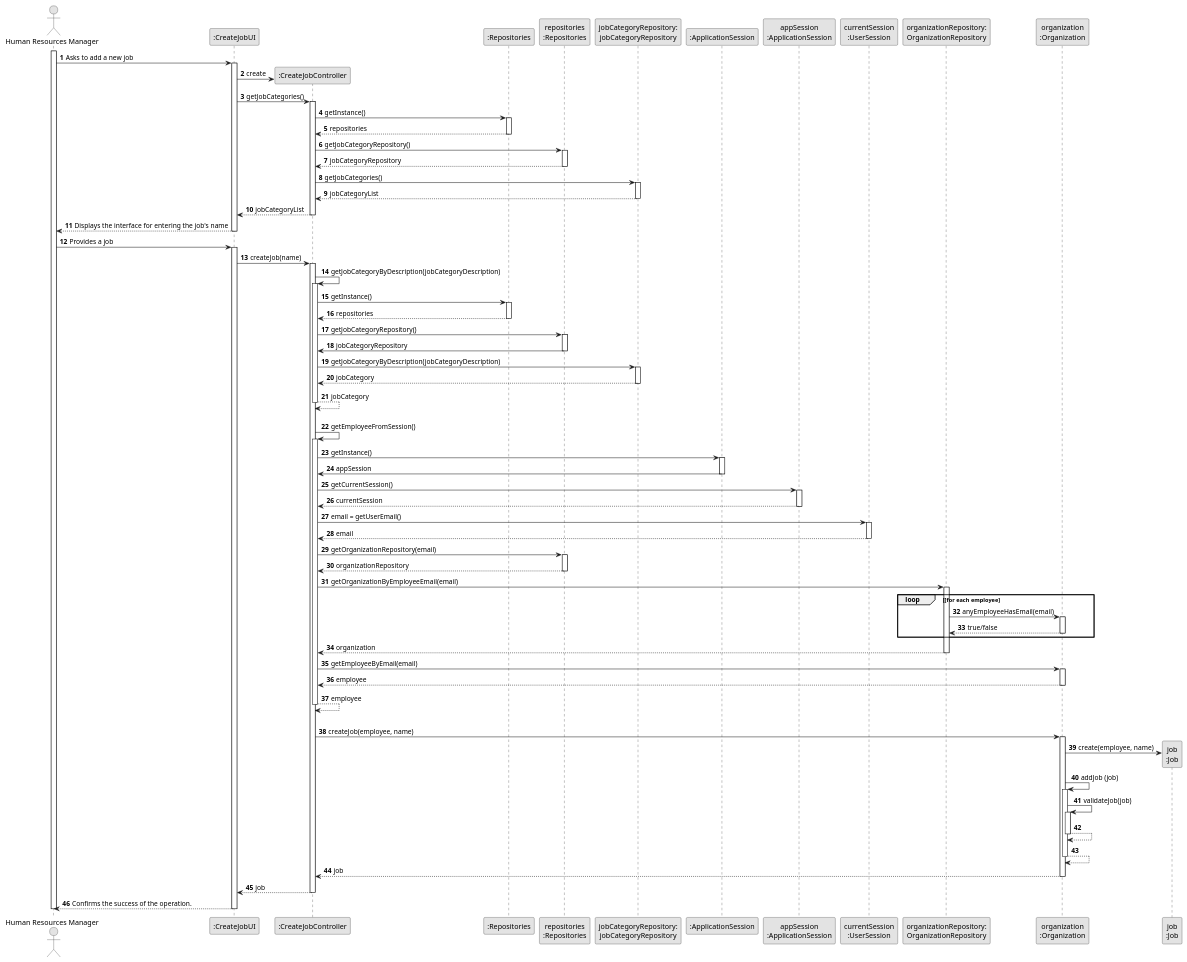
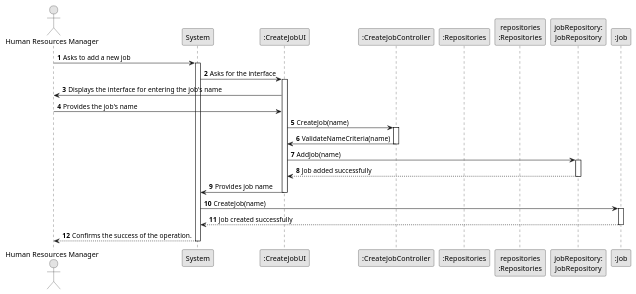
Before and after one commit to SAEmanuel/Green_Spaces_Management_ISEP: the diagram in docs/sprintB/us002/03.design/puml/us002-sequence-diagram-full.puml, drawn with PlantUML.

Commit message:
US2 - design full diagram: v2

```diff
--- a/docs/sprintB/us002/03.design/puml/us002-sequence-diagram-full.puml
+++ b/docs/sprintB/us002/03.design/puml/us002-sequence-diagram-full.puml
@@ -1,169 +1,53 @@
 @startuml
 skinparam monochrome true
 skinparam packageStyle rectangle
 skinparam shadowing false
 
 autonumber
 
 'hide footbox
 actor "Human Resources Manager" as HRM
+participant "System" as System
 participant ":CreateJobUI" as UI
 participant ":CreateJobController" as CTRL
 participant ":Repositories" as RepositorySingleton
 participant "repositories\n:Repositories" as PLAT
-participant "jobCategoryRepository:\njobCategoryRepository" as jobRepository
-participant ":ApplicationSession" as _APP
-participant "appSession\n:ApplicationSession" as APP
-participant "currentSession\n:UserSession" as SESSAO
-participant "organizationRepository:\nOrganizationRepository" as OrganizationRepository
-participant "organization\n:Organization" as ORG
-participant "job\n:Job" as EMPREGO
+participant "jobRepository:\nJobRepository" as jobRepository
+participant ":Job" as Job
 
-activate HRM
+HRM -> System : Asks to add a new job
+activate System
 
-        HRM -> UI : Asks to add a new job
+System -> UI : Asks for the interface
+activate UI
 
-        activate UI
+UI -> HRM : Displays the interface for entering the job's name
+HRM -> UI : Provides the job's name
 
-'            UI --> ADM : requests data (reference, description,  informal \n description, technical description, duration, cost)
-            'create CTRL
-            UI -> CTRL** : create
+UI -> CTRL : CreateJob(name)
+activate CTRL
 
-            UI -> CTRL : getJobCategories()
-            activate CTRL
+CTRL -> UI : ValidateNameCriteria(name)
+deactivate CTRL
 
-                CTRL -> RepositorySingleton : getInstance()
-                activate RepositorySingleton
+UI -> jobRepository : AddJob(name)
+activate jobRepository
 
-                    RepositorySingleton --> CTRL: repositories
-                deactivate RepositorySingleton
+jobRepository --> UI : Job added successfully
+deactivate jobRepository
 
-                CTRL -> PLAT : getJobCategoryRepository()
-                activate PLAT
+UI -> System : Provides job name
+deactivate UI
 
-                    PLAT --> CTRL: jobCategoryRepository
-                deactivate PLAT
+System -> Job : CreateJob(name)
+activate Job
 
-                CTRL -> jobRepository : getJobCategories()
-                activate jobRepository
+Job --> System : Job created successfully
+deactivate Job
 
-                    jobRepository --> CTRL : jobCategoryList
-                deactivate jobRepository
-
-                CTRL --> UI : jobCategoryList
-            deactivate CTRL
-
-            UI --> HRM : Displays the interface for entering the job's name
-        deactivate UI
-
-    HRM -> UI : Provides a job
-    activate UI
-
-        UI -> CTRL : createJob(name)
-        activate CTRL
-
-            CTRL -> CTRL : getJobCategoryByDescription(jobCategoryDescription)
-            activate CTRL
-
-                CTRL -> RepositorySingleton : getInstance()
-                activate RepositorySingleton
-
-                    RepositorySingleton --> CTRL: repositories
-                deactivate RepositorySingleton
-
-                CTRL -> PLAT : getJobCategoryRepository()
-                activate PLAT
-
-                    PLAT -> CTRL : jobCategoryRepository
-                deactivate PLAT
-
-                CTRL -> jobRepository : getJobCategoryByDescription(jobCategoryDescription)
-                activate jobRepository
-
-                    jobRepository --> CTRL : jobCategory
-                deactivate jobRepository
-                    CTRL --> CTRL : jobCategory
-            deactivate CTRL
-
-            |||
-            CTRL -> CTRL : getEmployeeFromSession()
-            activate CTRL
-
-                CTRL -> _APP: getInstance()
-                activate _APP
-                    _APP -> CTRL: appSession
-                deactivate _APP
+System --> HRM : Confirms the success of the operation.
+deactivate System
 
 
-                CTRL -> APP: getCurrentSession()
-                activate APP
-
-                    APP --> CTRL: currentSession
-                deactivate APP
-
-                CTRL -> SESSAO: email = getUserEmail()
-                activate SESSAO
-
-                    SESSAO --> CTRL: email
-                deactivate SESSAO
-
-
-                CTRL -> PLAT: getOrganizationRepository(email)
-                activate PLAT
-
-                    PLAT --> CTRL: organizationRepository
-                deactivate PLAT
-
-
-                CTRL -> OrganizationRepository: getOrganizationByEmployeeEmail(email)
-                activate OrganizationRepository
-
-                    loop [for each employee
-                        OrganizationRepository -> ORG : anyEmployeeHasEmail(email)
-                        activate ORG
-
-                             ORG --> OrganizationRepository : true/false
-                        deactivate ORG
-                    end
-                    OrganizationRepository --> CTRL : organization
-                deactivate OrganizationRepository
-
-                CTRL -> ORG: getEmployeeByEmail(email)
-                activate ORG
-
-                    ORG --> CTRL : employee
-                deactivate ORG
-
-                CTRL --> CTRL : employee
-            deactivate CTRL
-
-            |||
-            CTRL -> ORG: createJob(employee, name)
-            activate ORG
-
-                ORG -> EMPREGO**: create(employee, name)
-
-                ORG -> ORG: addJob (job)
-
-
-                activate ORG
-                    ORG -> ORG: validateJob(job)
-                    activate ORG
-                        ORG --> ORG
-                    deactivate ORG
-
-                    ORG --> ORG
-                deactivate ORG
-
-                ORG --> CTRL : job
-
-            deactivate ORG
-
-            CTRL --> UI: job
-            deactivate CTRL
-            UI --> HRM: Confirms the success of the operation.
-    deactivate UI
-
-deactivate HRM
 
 @enduml
```
